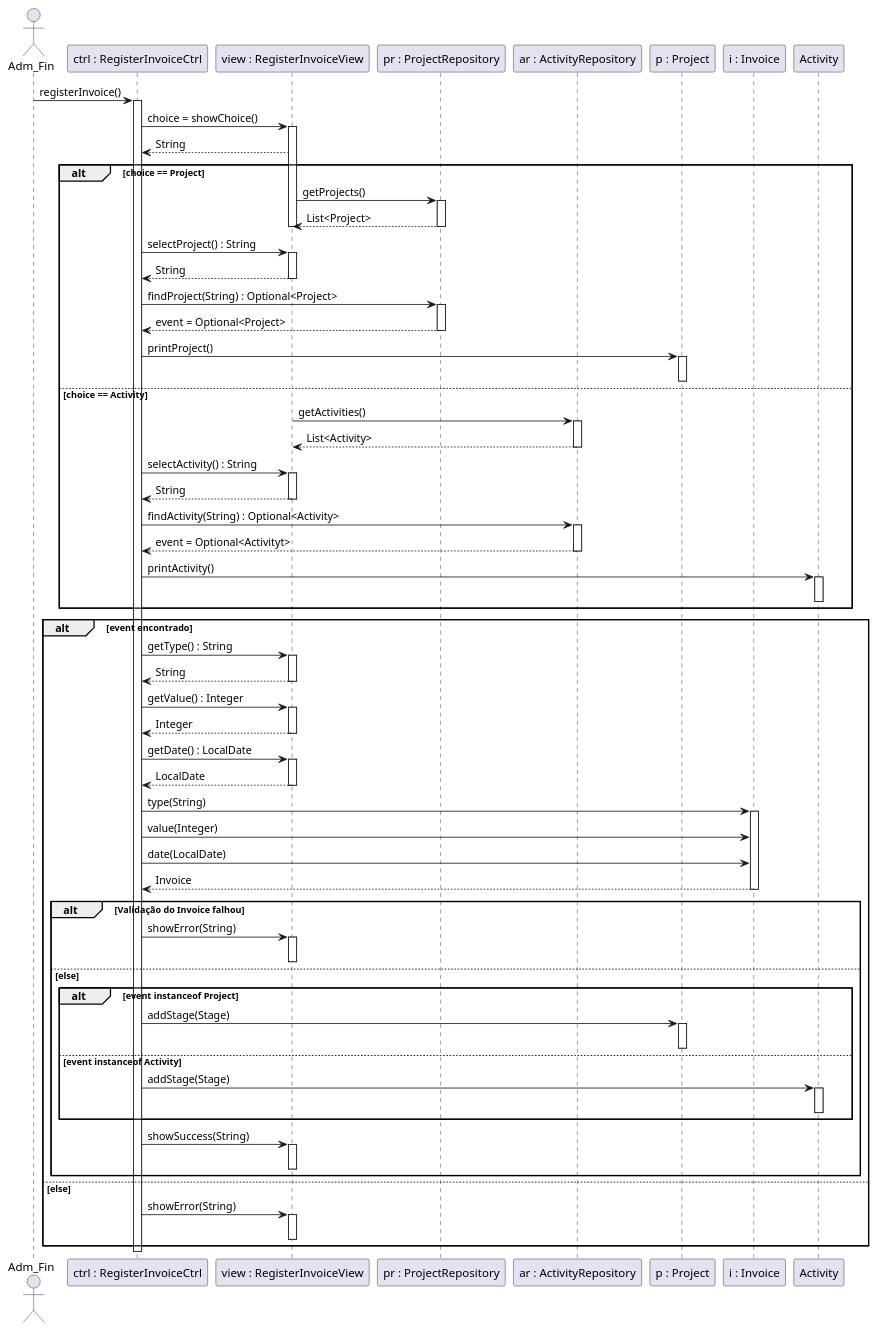
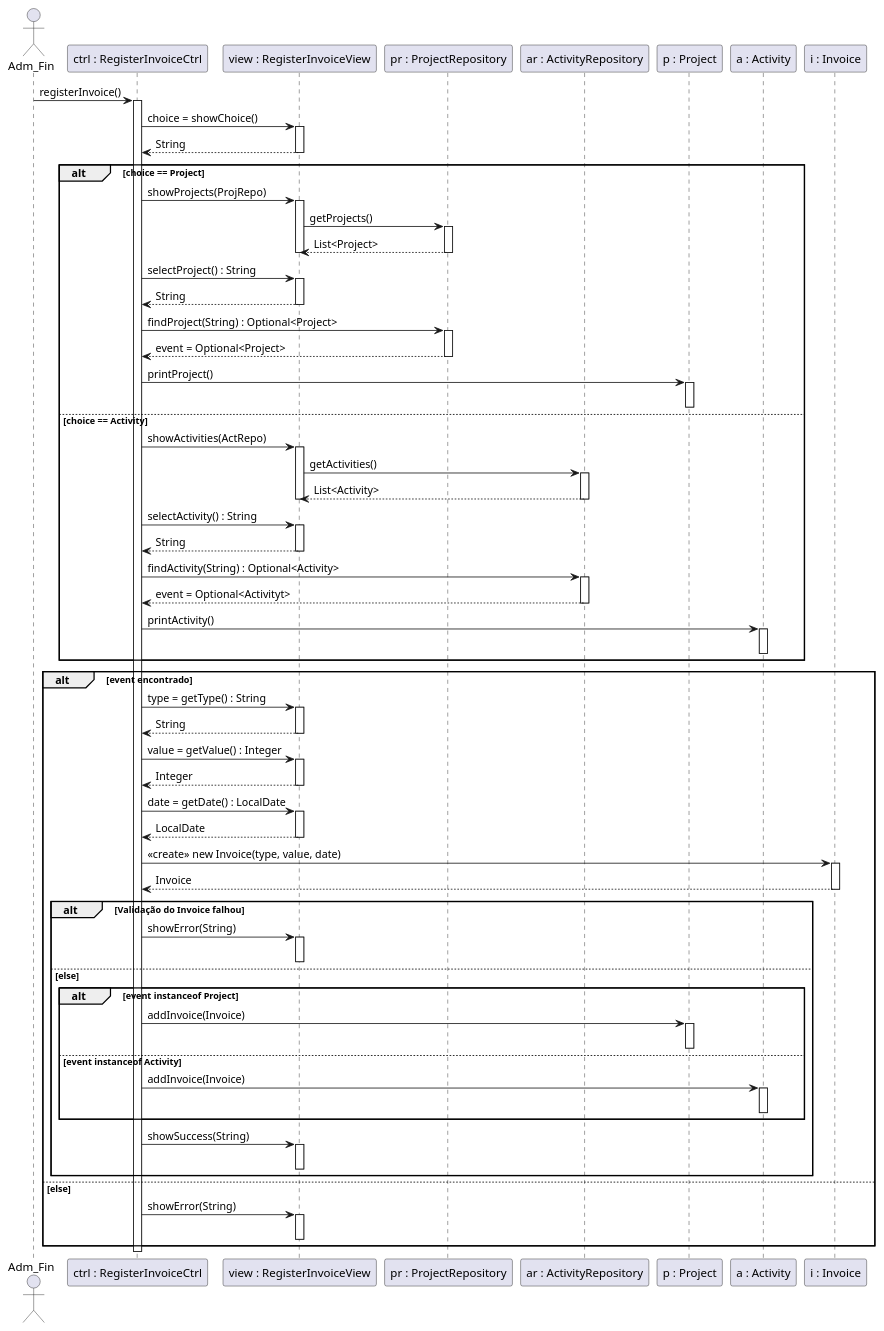
Before and after one commit to lucasblopes/ecomp-software-design: the diagram in diagrams/ec005/seq.plantuml, drawn with PlantUML. The commit also changed 6 other files, not shown here.

Commit message:
adicionado diagramas caso de uso 5

```diff
--- a/diagrams/ec005/seq.plantuml
+++ b/diagrams/ec005/seq.plantuml
@@ -1,119 +1,122 @@
 @startuml
 actor Adm_Fin
 participant "ctrl : RegisterInvoiceCtrl" as Ctrl
 participant "view : RegisterInvoiceView" as View
 participant "pr : ProjectRepository" as ProjRepo
 participant "ar : ActivityRepository" as ActRepo
 participant "p : Project" as Project
+participant "a : Activity" as Activity
 participant "i : Invoice" as Invoice
 
 Adm_Fin -> Ctrl: registerInvoice()
 activate Ctrl
 
 Ctrl -> View: choice = showChoice()
 activate View
 View --> Ctrl: String
+deactivate View
 
 alt choice == Project
-
+  
+  Ctrl -> View: showProjects(ProjRepo)
+  activate View
+  
   View -> ProjRepo: getProjects()
   activate ProjRepo
   ProjRepo --> View: List<Project>
   deactivate ProjRepo
   deactivate View
-  
+
   Ctrl -> View: selectProject() : String
   activate View
-  
   View --> Ctrl: String
   deactivate View
   
   Ctrl -> ProjRepo: findProject(String) : Optional<Project>
   activate ProjRepo
   ProjRepo --> Ctrl: event = Optional<Project>
   deactivate ProjRepo
   
   Ctrl -> Project: printProject()
   activate Project
   deactivate Project
 
 else choice == Activity
 
+  Ctrl -> View: showActivities(ActRepo)
+  activate View
+  
   View -> ActRepo: getActivities()
   activate ActRepo
   ActRepo --> View: List<Activity>
   deactivate ActRepo
   deactivate View
   
   Ctrl -> View: selectActivity() : String
   activate View
   
   View --> Ctrl: String
   deactivate View
   
   Ctrl -> ActRepo: findActivity(String) : Optional<Activity>
   activate ActRepo
   ActRepo --> Ctrl: event = Optional<Activityt>
   deactivate ActRepo
   
   Ctrl -> Activity: printActivity()
   activate Activity
   deactivate Activity
 end
 
 alt event encontrado
 
-    Ctrl -> View: getType() : String
+    Ctrl -> View: type = getType() : String
     activate View
     View --> Ctrl: String
     deactivate View
 
-    Ctrl -> View: getValue() : Integer
+    Ctrl -> View: value = getValue() : Integer
     activate View
     View --> Ctrl: Integer
     deactivate View
     
-    Ctrl -> View: getDate() : LocalDate
+    Ctrl -> View: date = getDate() : LocalDate
     activate View
     View --> Ctrl: LocalDate
     deactivate View
     
-    Ctrl -> Invoice: type(String)
+    Ctrl -> Invoice: <<create>> new Invoice(type, value, date)
     activate Invoice
 
-    Ctrl -> Invoice: value(Integer)
-
-    Ctrl -> Invoice: date(LocalDate)
-    
     Invoice --> Ctrl: Invoice
     deactivate Invoice
 
     alt Validação do Invoice falhou
         Ctrl -> View: showError(String)
         activate View
         deactivate View
     else else
       alt event instanceof Project
-        Ctrl -> Project: addStage(Stage)
+        Ctrl -> Project: addInvoice(Invoice)
         activate Project
         deactivate Project
       
       else event instanceof Activity
-        Ctrl -> Activity: addStage(Stage)
+        Ctrl -> Activity: addInvoice(Invoice)
         activate Activity
         deactivate Activity
       end
 
       Ctrl -> View: showSuccess(String)
       activate View
       deactivate View
     end
 
 else else
     Ctrl -> View: showError(String)
     activate View
     deactivate View
 end
 
 deactivate Ctrl
 @enduml
```
